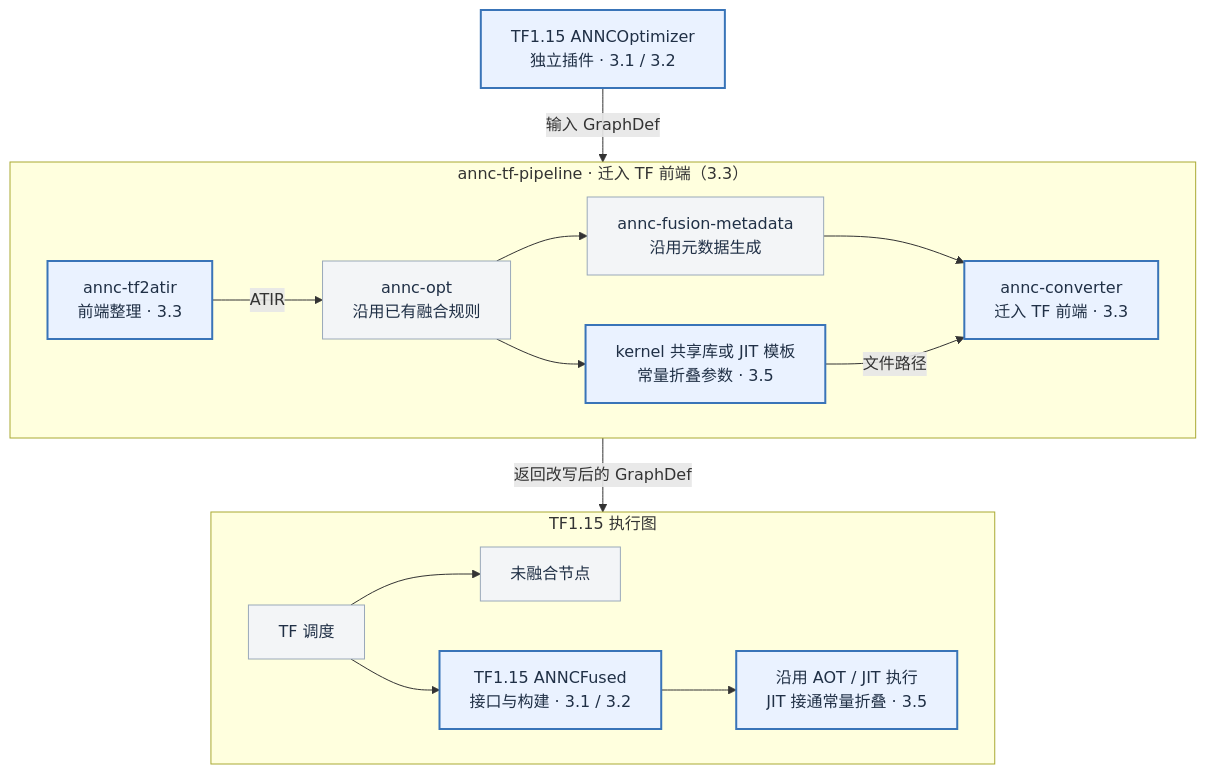
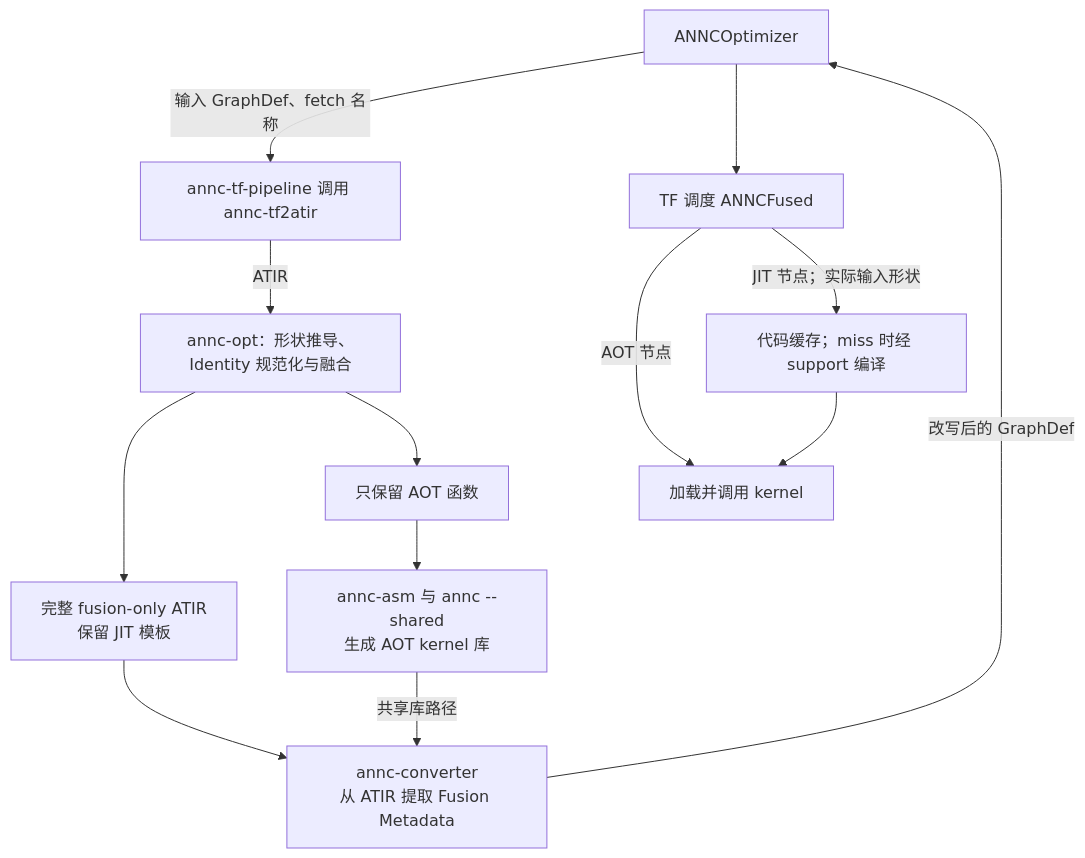
The second of 3 diagrams in docs/design/tensorflow-1-15-support/overall.md (openeuler-mirror/ANNC), drawn with Mermaid before and after one commit. The commit also changed other lines of this file and 13 other files, not shown here.

````diff
--- a/docs/design/tensorflow-1-15-support/overall.md
+++ b/docs/design/tensorflow-1-15-support/overall.md
@@ -62,23 +59,15 @@
 ```mermaid
 flowchart TB
-  Entry["TF1.15 ANNCOptimizer<br/>独立插件 · 3.1 / 3.2"] -->|"输入 GraphDef"| Pipeline
-  subgraph Pipeline["annc-tf-pipeline · 迁入 TF 前端（3.3）"]
-    direction LR
-    Import["annc-tf2atir<br/>前端整理 · 3.3"] -->|"ATIR"| Fusion["annc-opt<br/>沿用已有融合规则"]
-    Fusion --> Metadata["annc-fusion-metadata<br/>沿用元数据生成"]
-    Fusion --> Build["kernel 共享库或 JIT 模板<br/>常量折叠参数 · 3.5"]
-    Metadata --> Rewrite["annc-converter<br/>迁入 TF 前端 · 3.3"]
-    Build -->|"文件路径"| Rewrite
-  end
-  Pipeline -->|"返回改写后的 GraphDef"| Execute
-  subgraph Execute["TF1.15 执行图"]
-    direction LR
-    Schedule["TF 调度"] --> Ordinary["未融合节点"]
-    Schedule --> Fused["TF1.15 ANNCFused<br/>接口与构建 · 3.1 / 3.2"]
-    Fused --> Kernel["沿用 AOT / JIT 执行<br/>JIT 接通常量折叠 · 3.5"]
-  end
-  classDef changed fill:#eaf2ff,stroke:#3974b8,stroke-width:2px,color:#203046;
-  classDef reused fill:#f3f5f7,stroke:#9aa9ba,color:#203046;
-  class Entry,Import,Build,Rewrite,Fused,Kernel changed;
-  class Fusion,Metadata,Schedule,Ordinary reused;
+  Optimizer["ANNCOptimizer"] -->|"输入 GraphDef、fetch 名称"| Import["annc-tf-pipeline 调用 annc-tf2atir"]
+  Import -->|"ATIR"| Fusion["annc-opt：形状推导、Identity 规范化与融合"]
+  Fusion --> Template["完整 fusion-only ATIR<br/>保留 JIT 模板"]
+  Fusion --> Prune["只保留 AOT 函数"]
+  Prune --> Aot["annc-asm 与 annc --shared<br/>生成 AOT kernel 库"]
+  Template --> Converter["annc-converter<br/>从 ATIR 提取 Fusion Metadata"]
+  Aot -->|"共享库路径"| Converter
+  Converter -->|"改写后的 GraphDef"| Optimizer
+  Optimizer --> Schedule["TF 调度 ANNCFused"]
+  Schedule -->|"AOT 节点"| Load["加载并调用 kernel"]
+  Schedule -->|"JIT 节点；实际输入形状"| Jit["代码缓存；miss 时经 support 编译"]
+  Jit --> Load
 ```
````
